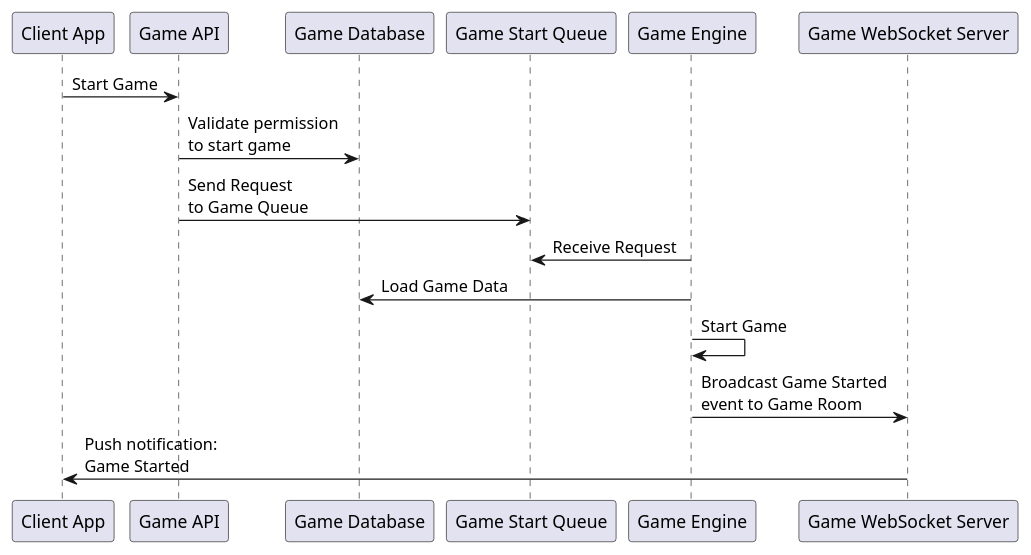
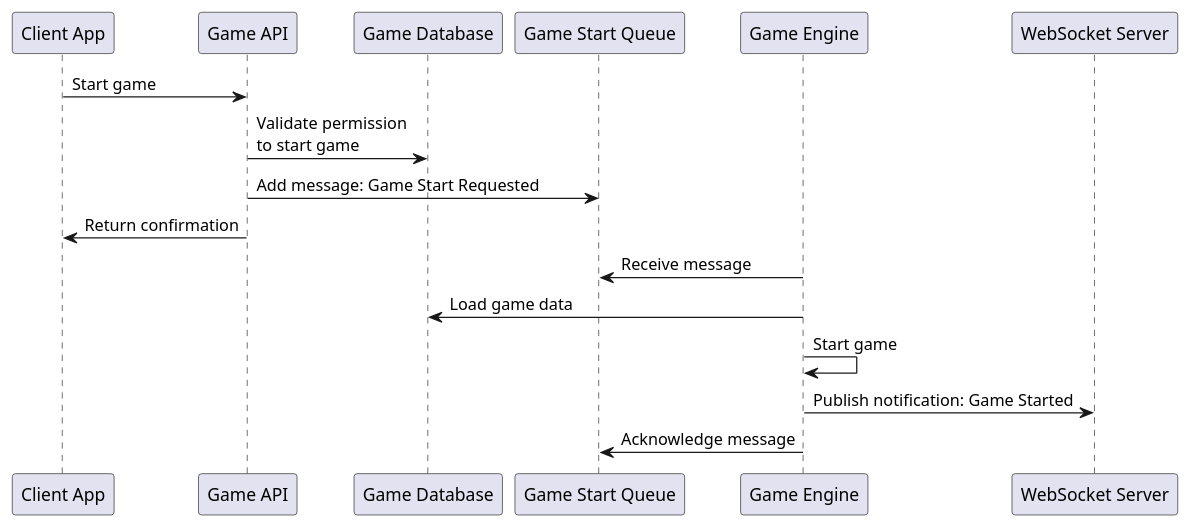
Before and after one commit to keyofdb/poker-game: the diagram in documentation/start-game.wsd, drawn with PlantUML. The commit also changed 2 other files, not shown here.

```diff
--- a/documentation/start-game.wsd
+++ b/documentation/start-game.wsd
@@ -1,16 +1,17 @@
 @startuml
 participant "Client App" as ClientApp
 participant "Game API" as GameAPI
 participant "Game Database" as GameDatabase
-participant "Game Start Queue" as AWSSQS
+participant "Game Start Queue" as GameStartQueue
 participant "Game Engine" as GameEngine
-participant "Game WebSocket Server" as GameWebSocketServer
-ClientApp -> GameAPI : Start Game
+participant "WebSocket Server" as WebSocketServer
+ClientApp -> GameAPI : Start game
 GameAPI -> GameDatabase : Validate permission\nto start game
-GameAPI -> AWSSQS : Send Request\nto Game Queue
-GameEngine -> AWSSQS: Receive Request
-GameEngine -> GameDatabase: Load Game Data
-GameEngine -> GameEngine: Start Game
-GameEngine -> GameWebSocketServer: Broadcast Game Started\nevent to Game Room
-GameWebSocketServer -> ClientApp : Push notification:\nGame Started
+GameAPI -> GameStartQueue : Add message: Game Start Requested
+GameAPI -> ClientApp : Return confirmation
+GameEngine -> GameStartQueue: Receive message
+GameEngine -> GameDatabase: Load game data
+GameEngine -> GameEngine: Start game
+GameEngine -> WebSocketServer: Publish notification: Game Started
+GameEngine -> GameStartQueue : Acknowledge message
 @enduml
```
